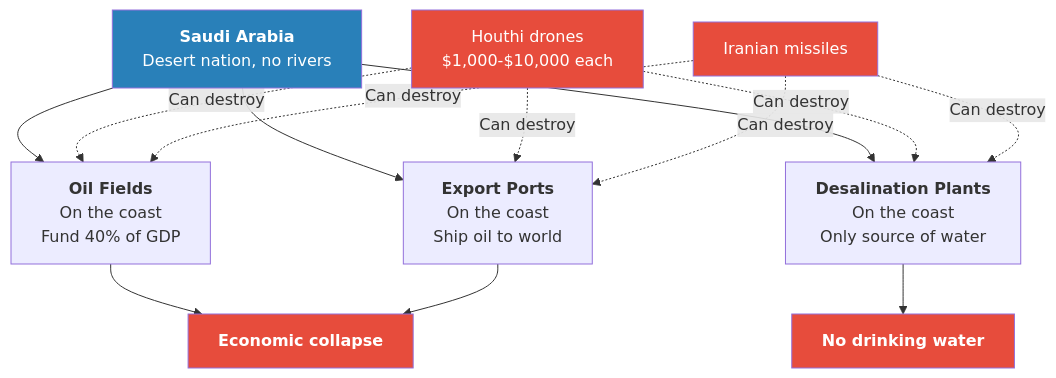
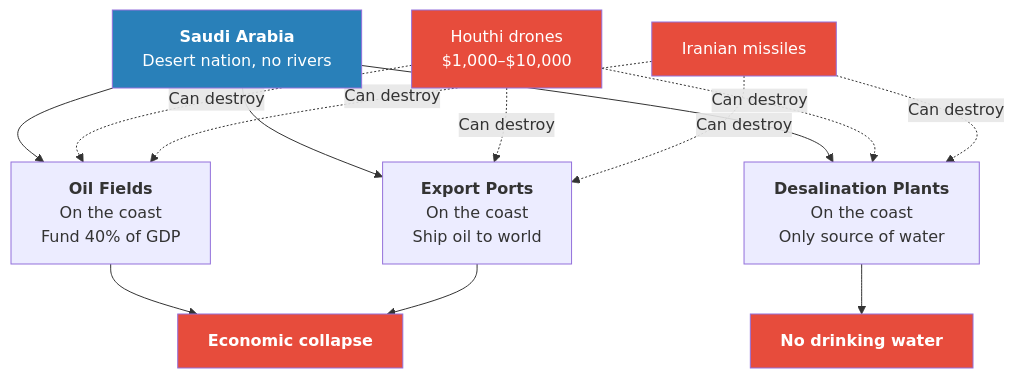
The seventh of 9 diagrams in summaries/Lectures/Geo-Strategy/04 - Saudi Arabia's Trump Card Against Iran.md (alius33/reader), drawn with Mermaid before and after one commit. The commit also changed other lines of this file and 26 other files, not shown here.

````diff
--- a/summaries/Lectures/Geo-Strategy/04 - Saudi Arabia's Trump Card Against Iran.md
+++ b/summaries/Lectures/Geo-Strategy/04 - Saudi Arabia's Trump Card Against Iran.md
@@ -580,21 +380,21 @@
 ```mermaid
 flowchart TB
     SA["<b>Saudi Arabia</b><br/>Desert nation, no rivers"]
     SA --> OIL["<b>Oil Fields</b><br/>On the coast<br/>Fund 40% of GDP"]
     SA --> PORT["<b>Export Ports</b><br/>On the coast<br/>Ship oil to world"]
     SA --> DESAL["<b>Desalination Plants</b><br/>On the coast<br/>Only source of water"]
-    DRONE["Houthi drones<br/>$1,000-$10,000 each"] -.->|"Can destroy"| OIL
+    DRONE["Houthi drones<br/>$1,000–$10,000"] -.->|"Can destroy"| OIL
     DRONE -.->|"Can destroy"| PORT
     DRONE -.->|"Can destroy"| DESAL
     IRAN["Iranian missiles"] -.->|"Can destroy"| OIL
     IRAN -.->|"Can destroy"| PORT
     IRAN -.->|"Can destroy"| DESAL
     OIL --> COLLAPSE["<b>Economic collapse</b>"]
     PORT --> COLLAPSE
     DESAL --> THIRST["<b>No drinking water</b>"]
     style SA fill:#2980b9,color:#fff
     style DRONE fill:#e74c3c,color:#fff
     style IRAN fill:#e74c3c,color:#fff
     style COLLAPSE fill:#e74c3c,color:#fff
     style THIRST fill:#e74c3c,color:#fff
 ```
````
